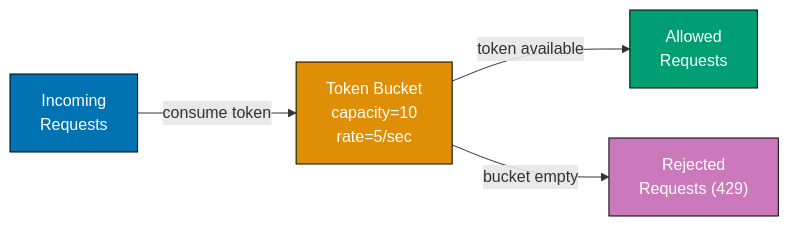
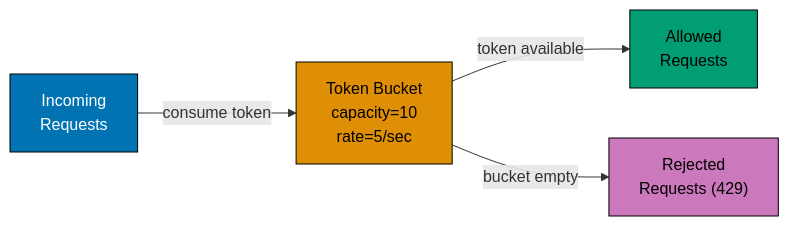
One commit to wahidyankf/ose-public changed the fourth of 6 diagrams in apps/ayokoding-www/content/en/learn/legacy/software-engineering/system-design/by-example/intermediate.md. Above: the diagram before and after it, drawn with Mermaid. The commit also changed other lines of this file and 78 other files, not shown here.

First line of the commit message:
fix(mermaid): bring the remaining legacy software-engineering diagrams onto the accessible palette

````diff
--- a/apps/ayokoding-www/content/en/learn/legacy/software-engineering/system-design/by-example/intermediate.md
+++ b/apps/ayokoding-www/content/en/learn/legacy/software-engineering/system-design/by-example/intermediate.md
@@ -1849,16 +1858,19 @@
 ```mermaid
 graph LR
+    accTitle: Example 36: Token Bucket Rate Limiter
+    accDescr: Graph with 4 nodes and 3 connections. Nodes: Incoming Requests, Token Bucket capacity=10 rate=5/sec, Allowed Requests, Rejected Requests 4042941. Connections: Incoming Requests to Token Bucket capacity=10 rate=5/sec (consume token), Token Bucket capacity=10 rate=5/sec to Allowed Requests (token available), Token Bucket capacity=10 rate=5/sec to Rejected Requests 4042941 (bucket empty).
     Req["Incoming<br/>Requests"]:::blue
     Bucket["Token Bucket<br/>capacity=10<br/>rate=5/sec"]:::orange
     Allow["Allowed<br/>Requests"]:::teal
     Deny["Rejected<br/>Requests #40;429#41;"]:::purple
 
     Req -->|consume token| Bucket
     Bucket -->|token available| Allow
     Bucket -->|bucket empty| Deny
 
-    classDef blue fill:#0173B2,stroke:#000,color:#fff
-    classDef orange fill:#DE8F05,stroke:#000,color:#fff
-    classDef teal fill:#029E73,stroke:#000,color:#fff
-    classDef purple fill:#CC78BC,stroke:#000,color:#fff
+    classDef blue fill:#0173B2,stroke:#000000,color:#FFFFFF
+    classDef orange fill:#DE8F05,stroke:#000000,color:#000000
+    classDef teal fill:#029E73,stroke:#000000,color:#000000
+    classDef purple fill:#CC78BC,stroke:#000000,color:#000000
+    classDef default fill:#FFFFFF,stroke:#000000,color:#000000
 ```
````
